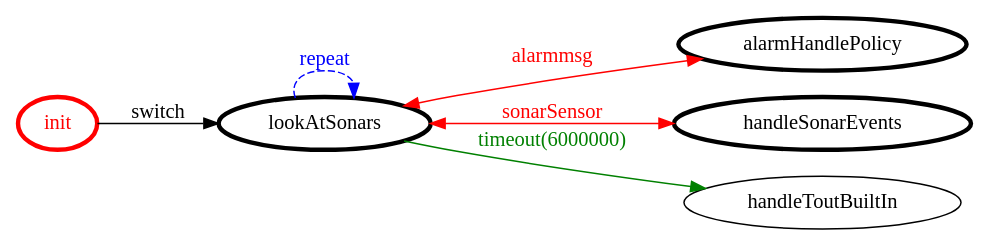
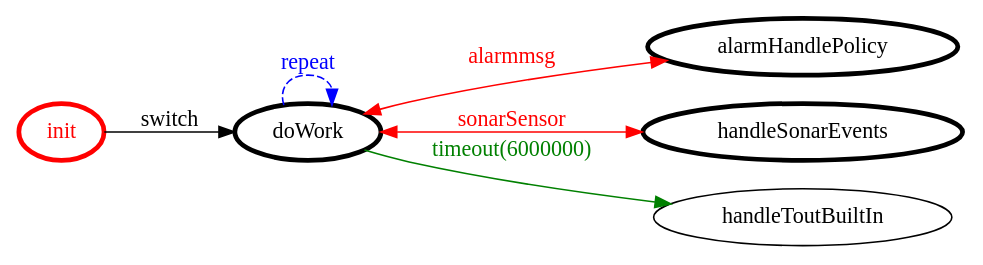
One commit to MatteoMendula/iss2018Lab changed the diagram in it.unibo.mbot.agent/bin/it/unibo/roveragent/roveragent.gv. Above: the diagram before and after it, drawn with Graphviz. The commit also changed 156 other files, not shown here.

```diff
--- a/it.unibo.mbot.agent/bin/it/unibo/roveragent/roveragent.gv
+++ b/it.unibo.mbot.agent/bin/it/unibo/roveragent/roveragent.gv
@@ -1,22 +1,22 @@
 /*
 *
 * A GraphViz DOT FSM description 
 * Please use a GraphViz visualizer (like http://www.webgraphviz.com)
 *  
 */
 
 digraph finite_state_machine {
 	rankdir=LR
 	size="8,5"
 	
 	init [ color = red ][ fontcolor = red ][ penwidth = 3 ]
-	lookAtSonars [ color = black ][ fontcolor = black ][ penwidth = 3 ]
+	doWork [ color = black ][ fontcolor = black ][ penwidth = 3 ]
 	alarmHandlePolicy [ color = black ][ fontcolor = black ][ penwidth = 3 ]
 	handleSonarEvents [ color = black ][ fontcolor = black ][ penwidth = 3 ]
 	
-	init -> lookAtSonars [ label = "switch" ][ color = black ][ fontcolor = black ]
-	lookAtSonars -> handleSonarEvents [ label = "sonarSensor" ][ color = red ][ fontcolor = red ][ dir = both ]
-	lookAtSonars -> lookAtSonars [ label = "repeat "][ style = dashed ][ color = blue ][ fontcolor = blue ]
-	lookAtSonars -> alarmHandlePolicy [ label = "alarmmsg" ][ color = red ][ fontcolor = red ][ dir = both ]
-	lookAtSonars -> handleToutBuiltIn [ label = "timeout(6000000)" ][ color = green ][ fontcolor = green ]
+	doWork -> handleSonarEvents [ label = "sonarSensor" ][ color = red ][ fontcolor = red ][ dir = both ]
+	doWork -> handleToutBuiltIn [ label = "timeout(6000000)" ][ color = green ][ fontcolor = green ]
+	doWork -> alarmHandlePolicy [ label = "alarmmsg" ][ color = red ][ fontcolor = red ][ dir = both ]
+	init -> doWork [ label = "switch" ][ color = black ][ fontcolor = black ]
+	doWork -> doWork [ label = "repeat "][ style = dashed ][ color = blue ][ fontcolor = blue ]
 }
```
